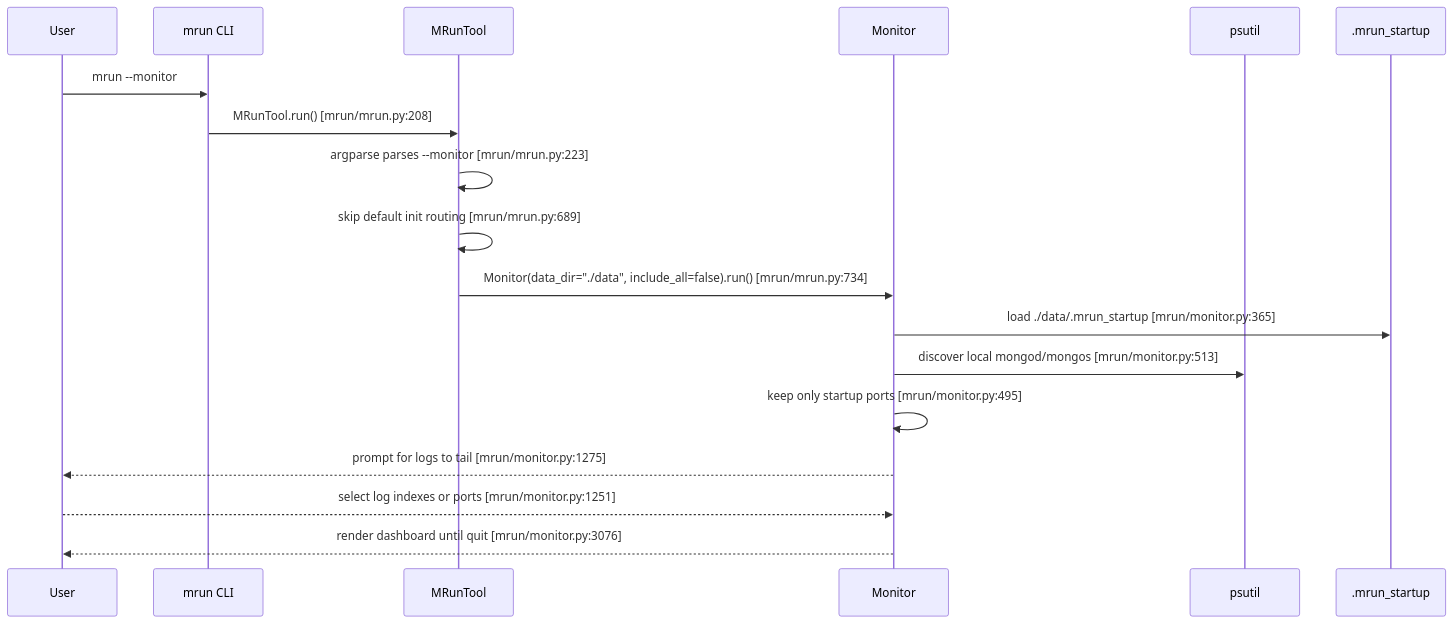
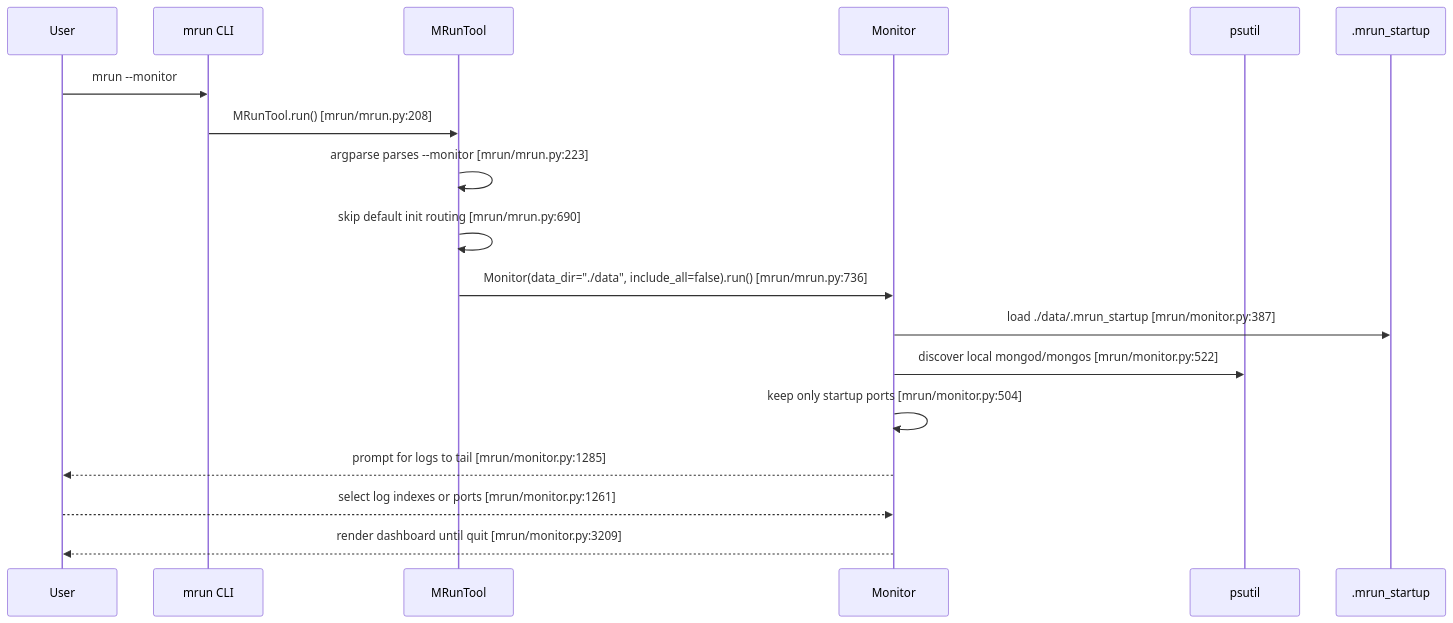
The first of 12 diagrams in doc/feature-monitor-guide.md (mongodb/mlaunch), drawn with Mermaid before and after one commit. The commit also changed other lines of this file and 4 other files, not shown here.

````diff
--- a/doc/feature-monitor-guide.md
+++ b/doc/feature-monitor-guide.md
@@ -150,21 +159,21 @@
 ```mermaid
 sequenceDiagram
     participant User
     participant CLI as mrun CLI
     participant Tool as MRunTool
     participant Monitor as Monitor
     participant PS as psutil
     participant FS as .mrun_startup
 
     User->>CLI: mrun --monitor
     CLI->>Tool: MRunTool.run() [mrun/mrun.py:208]
     Tool->>Tool: argparse parses --monitor [mrun/mrun.py:223]
-    Tool->>Tool: skip default init routing [mrun/mrun.py:689]
-    Tool->>Monitor: Monitor(data_dir="./data", include_all=false).run() [mrun/mrun.py:734]
-    Monitor->>FS: load ./data/.mrun_startup [mrun/monitor.py:365]
-    Monitor->>PS: discover local mongod/mongos [mrun/monitor.py:513]
-    Monitor->>Monitor: keep only startup ports [mrun/monitor.py:495]
-    Monitor-->>User: prompt for logs to tail [mrun/monitor.py:1275]
-    User-->>Monitor: select log indexes or ports [mrun/monitor.py:1251]
-    Monitor-->>User: render dashboard until quit [mrun/monitor.py:3076]
+    Tool->>Tool: skip default init routing [mrun/mrun.py:690]
+    Tool->>Monitor: Monitor(data_dir="./data", include_all=false).run() [mrun/mrun.py:736]
+    Monitor->>FS: load ./data/.mrun_startup [mrun/monitor.py:387]
+    Monitor->>PS: discover local mongod/mongos [mrun/monitor.py:522]
+    Monitor->>Monitor: keep only startup ports [mrun/monitor.py:504]
+    Monitor-->>User: prompt for logs to tail [mrun/monitor.py:1285]
+    User-->>Monitor: select log indexes or ports [mrun/monitor.py:1261]
+    Monitor-->>User: render dashboard until quit [mrun/monitor.py:3209]
 ```
````
